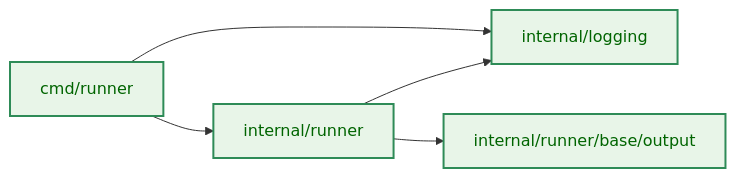
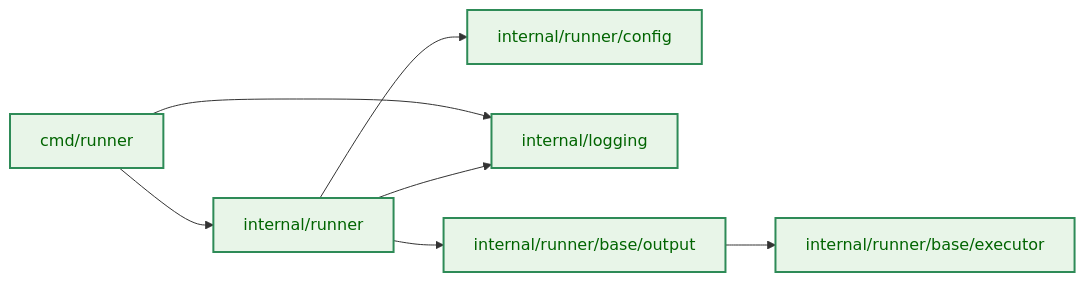
Before and after one commit to isseis/go-safe-cmd-runner: the fourth of 12 diagrams in docs/tasks/0177_multi_group_error_attribution/02_architecture.md, drawn with Mermaid. The commit also changed other lines of this file, not shown here.

First line of the commit message:
docs(0177): revise architecture for timeout, unlimited output, config checks

````diff
--- a/docs/tasks/0177_multi_group_error_attribution/02_architecture.md
+++ b/docs/tasks/0177_multi_group_error_attribution/02_architecture.md
@@ -138,16 +139,20 @@
 ```mermaid
 flowchart LR
     classDef enhanced fill:#e8f5e8,stroke:#2e8b57,stroke-width:2px,color:#006400;
 
     CMD["cmd/runner"]
     RUN["internal/runner"]
+    CFG["internal/runner/config"]
     LOG["internal/logging"]
     OUT["internal/runner/base/output"]
+    EXE["internal/runner/base/executor"]
 
     CMD --> RUN
     CMD --> LOG
     RUN --> LOG
+    RUN --> CFG
     RUN --> OUT
+    OUT --> EXE
 
-    class CMD,RUN,LOG,OUT enhanced
+    class CMD,RUN,CFG,LOG,OUT,EXE enhanced
 ```
````
